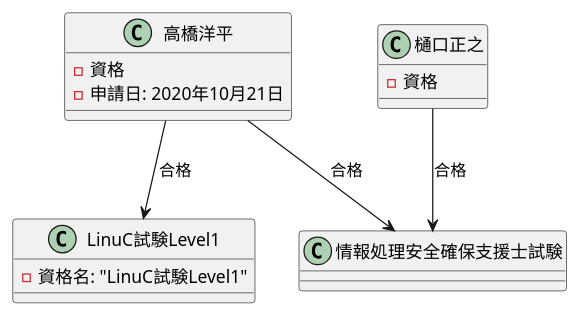
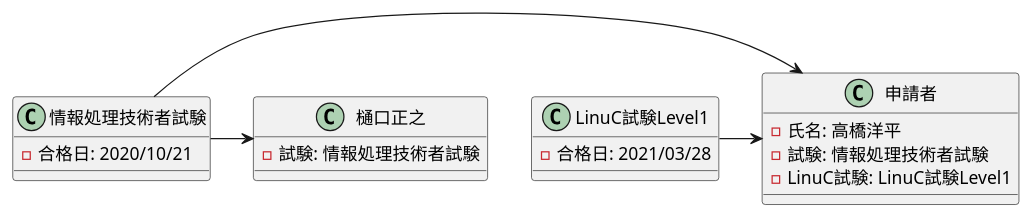
The diagram in 演習3-6_OBJ_資格取得のオブジェクト図.pu (nishiyu0919/uml-introduction), drawn with PlantUML before and after one commit. The commit also changed 2 other files, not shown here.

```diff
--- a/演習3-6_OBJ_資格取得のオブジェクト図.pu
+++ b/演習3-6_OBJ_資格取得のオブジェクト図.pu
@@ -1,19 +1,25 @@
 @startuml 演習3-6
 
-class 高橋洋平 {
-    - 資格
-    - 申請日: 2020年10月21日
+class 情報処理技術者試験 {
+    -合格日: 2020/10/21
+}
+
+class LinuC試験Level1 {
+    -合格日: 2021/03/28
+}
+
+class 申請者 {
+    -氏名: 高橋洋平
+    -試験: 情報処理技術者試験
+    -LinuC試験: LinuC試験Level1
 }
 
 class 樋口正之 {
-    - 資格
+    -試験: 情報処理技術者試験
 }
 
-class LinuC試験Level1 {
-    - 資格名: "LinuC試験Level1"
-}
+情報処理技術者試験 -> 申請者
+情報処理技術者試験 -> 樋口正之
+LinuC試験Level1 -> 申請者
 
-高橋洋平 --> 情報処理安全確保支援士試験 : 合格
-樋口正之 --> 情報処理安全確保支援士試験 : 合格
-高橋洋平 --> LinuC試験Level1 : 合格
 @enduml
```
